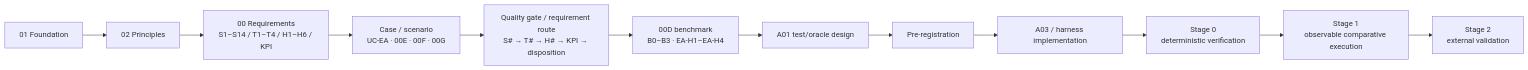
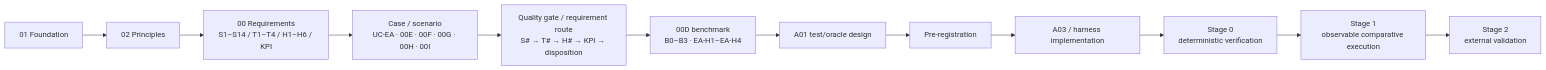
Before and after one commit to dakleyer/structural-awareness-contributions: the fourth of 9 diagrams in research/ecosystem-awareness/VISUAL_GUIDE.md, drawn with Mermaid. The commit also changed other lines of this file, not shown here.

````diff
--- a/research/ecosystem-awareness/VISUAL_GUIDE.md
+++ b/research/ecosystem-awareness/VISUAL_GUIDE.md
@@ -108,17 +108,17 @@
 ```mermaid
 flowchart LR
     F["01 Foundation"]
     P["02 Principles"]
     R["00 Requirements<br/>S1–S14 / T1–T4 / H1–H6 / KPI"]
-    C["Case / scenario<br/>UC-EA · 00E · 00F · 00G"]
+    C["Case / scenario<br/>UC-EA · 00E · 00F · 00G · 00H · 00I"]
     Q["Quality gate / requirement route<br/>S# → T# → H# → KPI → disposition"]
     BM["00D benchmark<br/>B0–B3 · EA-H1–EA-H4"]
     TD["A01 test/oracle design"]
     PR["Pre-registration"]
     H["A03 / harness implementation"]
     S0["Stage 0<br/>deterministic verification"]
     S1["Stage 1<br/>observable comparative execution"]
     S2["Stage 2<br/>external validation"]
 
     F --> P --> R --> C --> Q --> BM --> TD --> PR --> H --> S0 --> S1 --> S2
 ```
````
